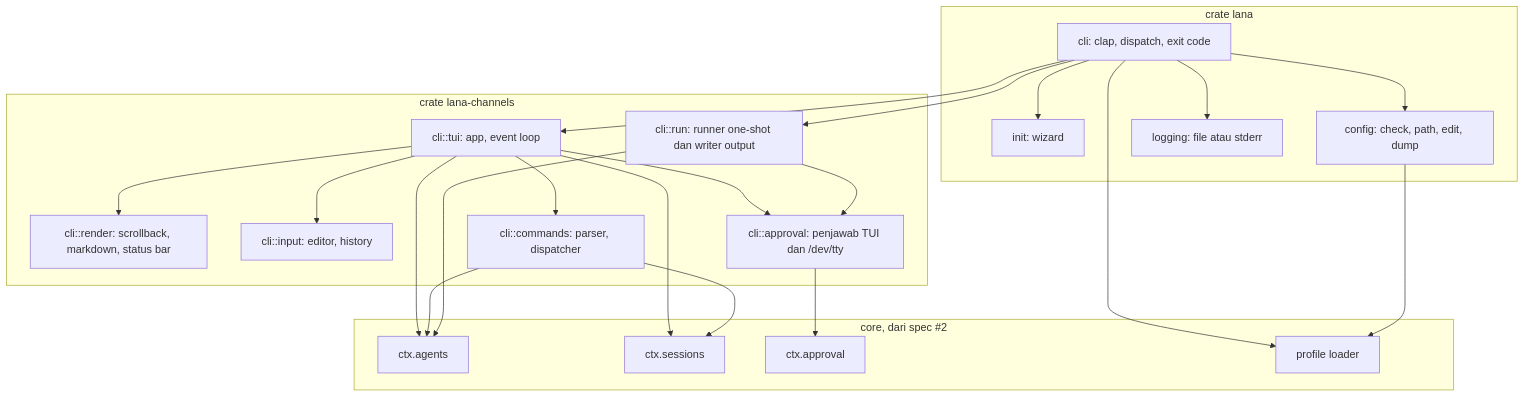
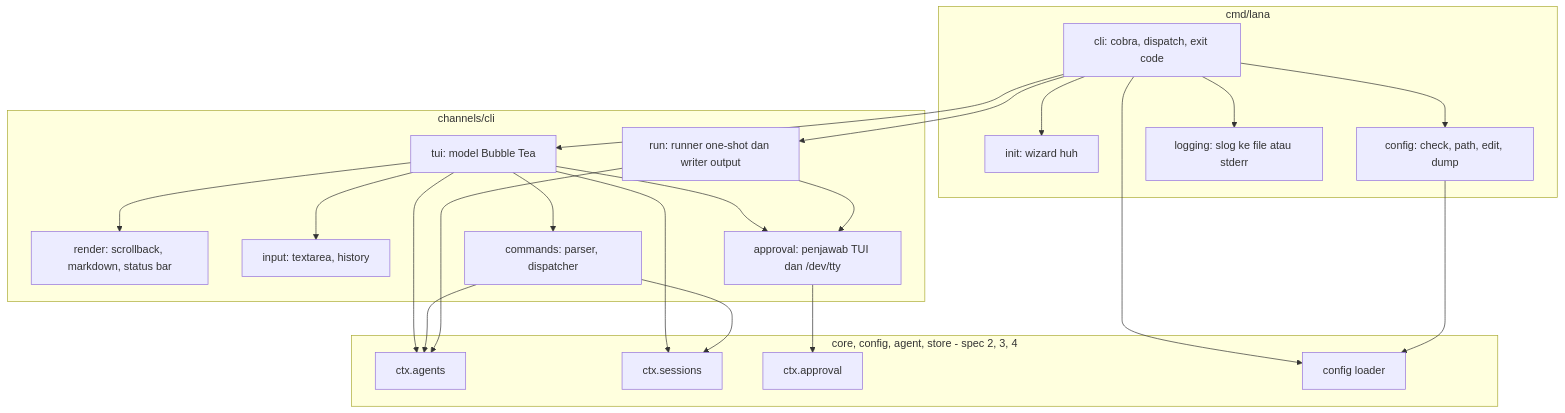
The first of 4 diagrams in docs/specs/1-cli-tui/design.md (ridhomujizat/lana-harness), drawn with Mermaid before and after one commit. The commit also changed other lines of this file and 24 other files, not shown here.

````diff
--- a/docs/specs/1-cli-tui/design.md
+++ b/docs/specs/1-cli-tui/design.md
@@ -56,44 +57,44 @@
 ```mermaid
 flowchart TD
-  subgraph Bin["crate lana"]
-    Cli["cli: clap, dispatch, exit code"]
-    Init["init: wizard"]
+  subgraph Bin["cmd/lana"]
+    Cli["cli: cobra, dispatch, exit code"]
+    Init["init: wizard huh"]
     Conf["config: check, path, edit, dump"]
-    Log["logging: file atau stderr"]
+    Log["logging: slog ke file atau stderr"]
   end
 
-  subgraph Chan["crate lana-channels"]
-    Tui["cli::tui: app, event loop"]
-    Render["cli::render: scrollback, markdown, status bar"]
-    Input["cli::input: editor, history"]
-    Cmd["cli::commands: parser, dispatcher"]
-    Ans["cli::approval: penjawab TUI dan /dev/tty"]
-    Run["cli::run: runner one-shot dan writer output"]
+  subgraph Chan["channels/cli"]
+    Tui["tui: model Bubble Tea"]
+    Render["render: scrollback, markdown, status bar"]
+    Input["input: textarea, history"]
+    Cmd["commands: parser, dispatcher"]
+    Ans["approval: penjawab TUI dan /dev/tty"]
+    Run["run: runner one-shot dan writer output"]
   end
 
-  subgraph Core["core, dari spec #2"]
+  subgraph Core["core, config, agent, store - spec 2, 3, 4"]
     Agents["ctx.agents"]
     Sessions["ctx.sessions"]
     Appr["ctx.approval"]
-    Loader["profile loader"]
+    Loader["config loader"]
   end
 
   Cli --> Init
   Cli --> Conf
   Cli --> Log
   Cli --> Loader
   Cli --> Tui
   Cli --> Run
   Tui --> Render
   Tui --> Input
   Tui --> Cmd
   Tui --> Ans
   Run --> Ans
   Tui --> Agents
   Tui --> Sessions
   Cmd --> Agents
   Cmd --> Sessions
   Ans --> Appr
   Run --> Agents
   Conf --> Loader
 ```
````
